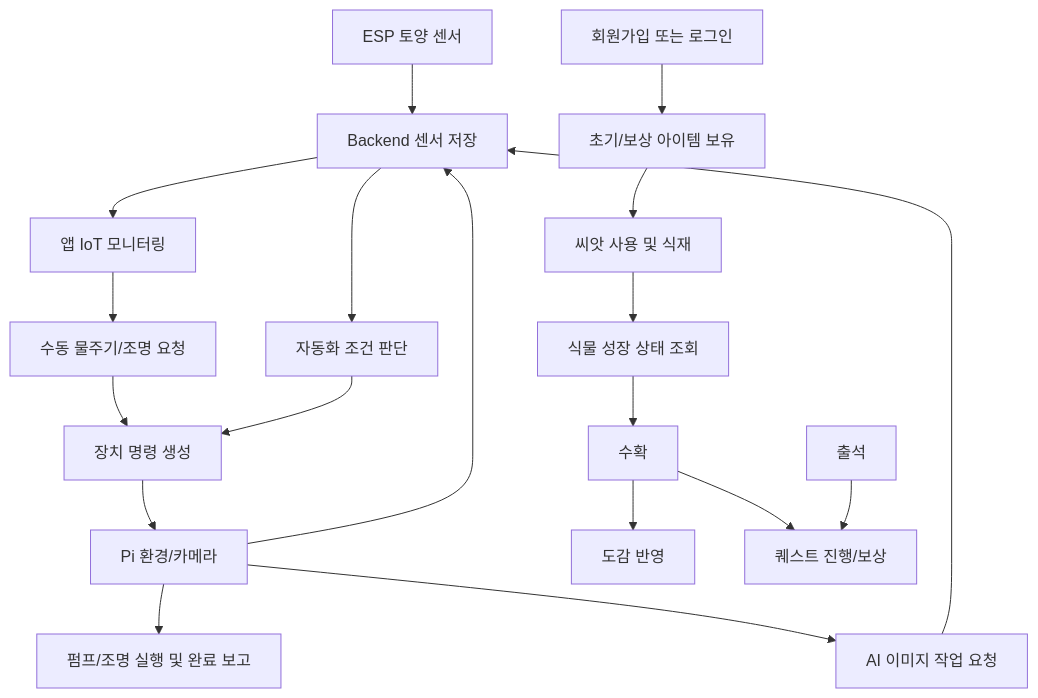
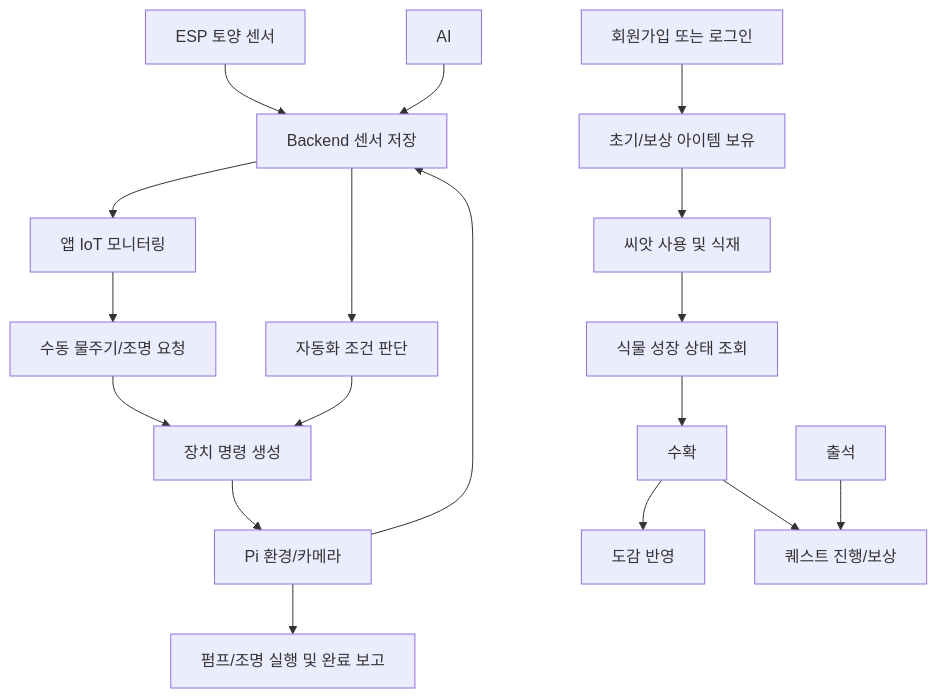
The first of 4 diagrams in docs/FUNCTIONAL_SPECIFICATION.md (Age-Code/greenlink_update), drawn with Mermaid before and after one commit. The commit also changed other lines of this file and 70 other files, not shown here.

````diff
--- a/docs/FUNCTIONAL_SPECIFICATION.md
+++ b/docs/FUNCTIONAL_SPECIFICATION.md
@@ -43,21 +42,20 @@
 ```mermaid
 flowchart TD
     Signup[회원가입 또는 로그인] --> Inventory[초기/보상 아이템 보유]
     Inventory --> Plant[씨앗 사용 및 식재]
     Plant --> Grow[식물 성장 상태 조회]
     ESP[ESP 토양 센서] --> Back[Backend 센서 저장]
     PI[Pi 환경/카메라] --> Back
     Back --> Monitor[앱 IoT 모니터링]
     Monitor --> Control[수동 물주기/조명 요청]
     Back --> Auto[자동화 조건 판단]
     Control --> Cmd[장치 명령 생성]
     Auto --> Cmd
     Cmd --> PI
     PI --> Physical[펌프/조명 실행 및 완료 보고]
-    PI --> AI[AI 이미지 작업 요청]
     AI --> Back
     Grow --> Harvest[수확]
     Harvest --> Collection[도감 반영]
     Harvest --> Quest[퀘스트 진행/보상]
     Attend[출석] --> Quest
 ```
````
